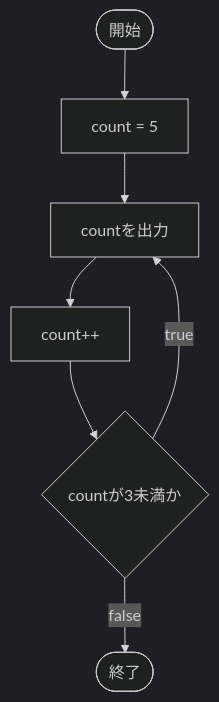
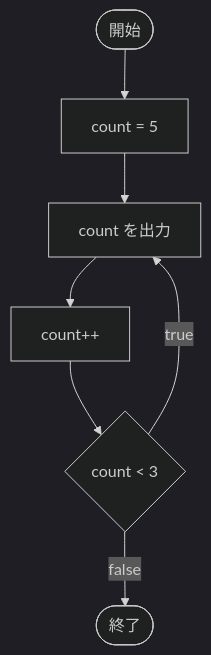
One commit to LeonAkasaka/unity-csharp-learning changed the second of 4 diagrams in docs/csharp/loops/index.md. Above: the diagram before and after it, drawn with Mermaid (dark theme). The commit also changed other lines of this file and 18 other files, not shown here.

````diff
--- a/docs/csharp/loops/index.md
+++ b/docs/csharp/loops/index.md
@@ -149,9 +140,9 @@
 ```mermaid
 flowchart TD
     A([開始]) --> B["count = 5"]
-    B --> C["countを出力"]
+    B --> C["count を出力"]
     C --> D["count++"]
-    D --> E{"countが3未満か"}
+    D --> E{"count < 3"}
     E -- true --> C
     E -- false --> F([終了])
 ```
````
